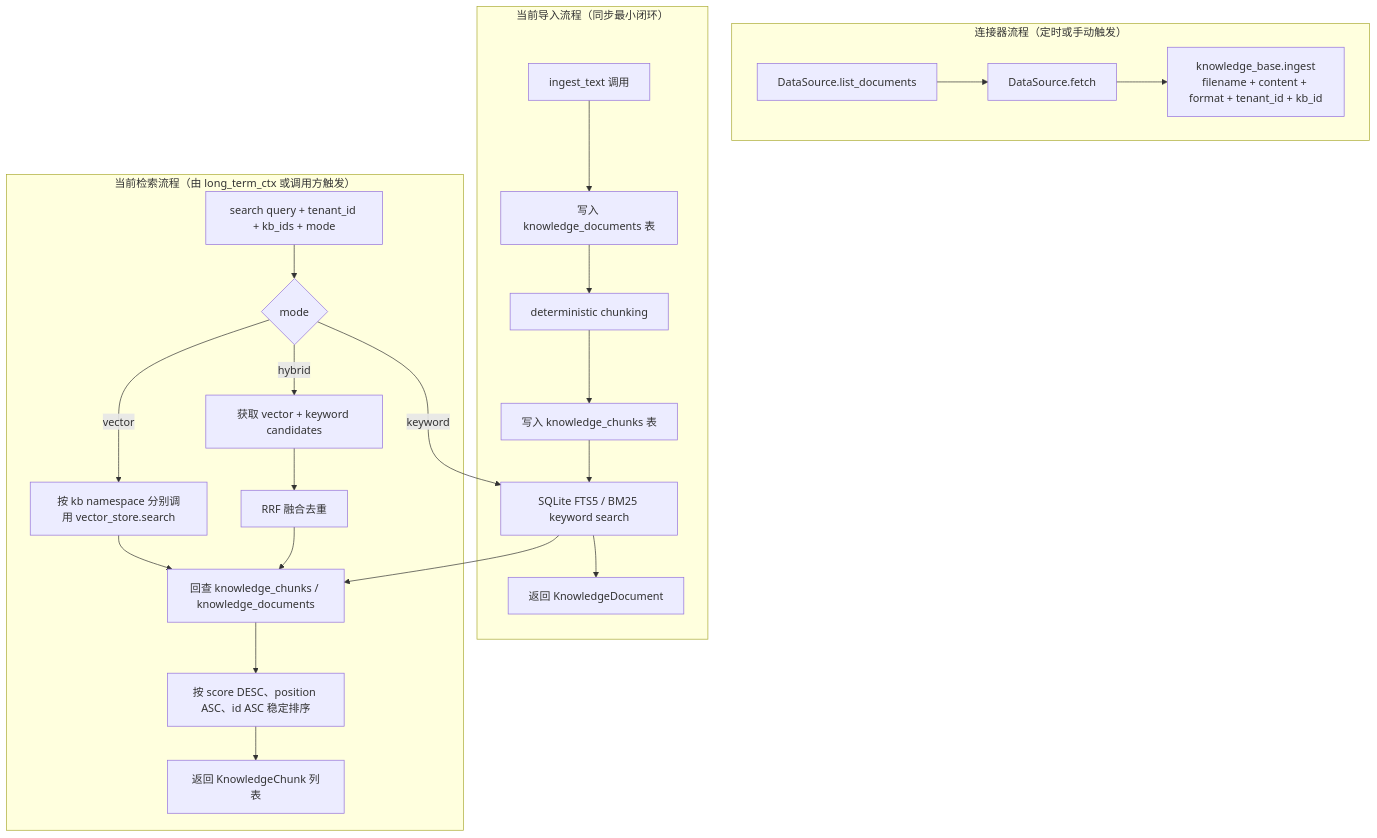
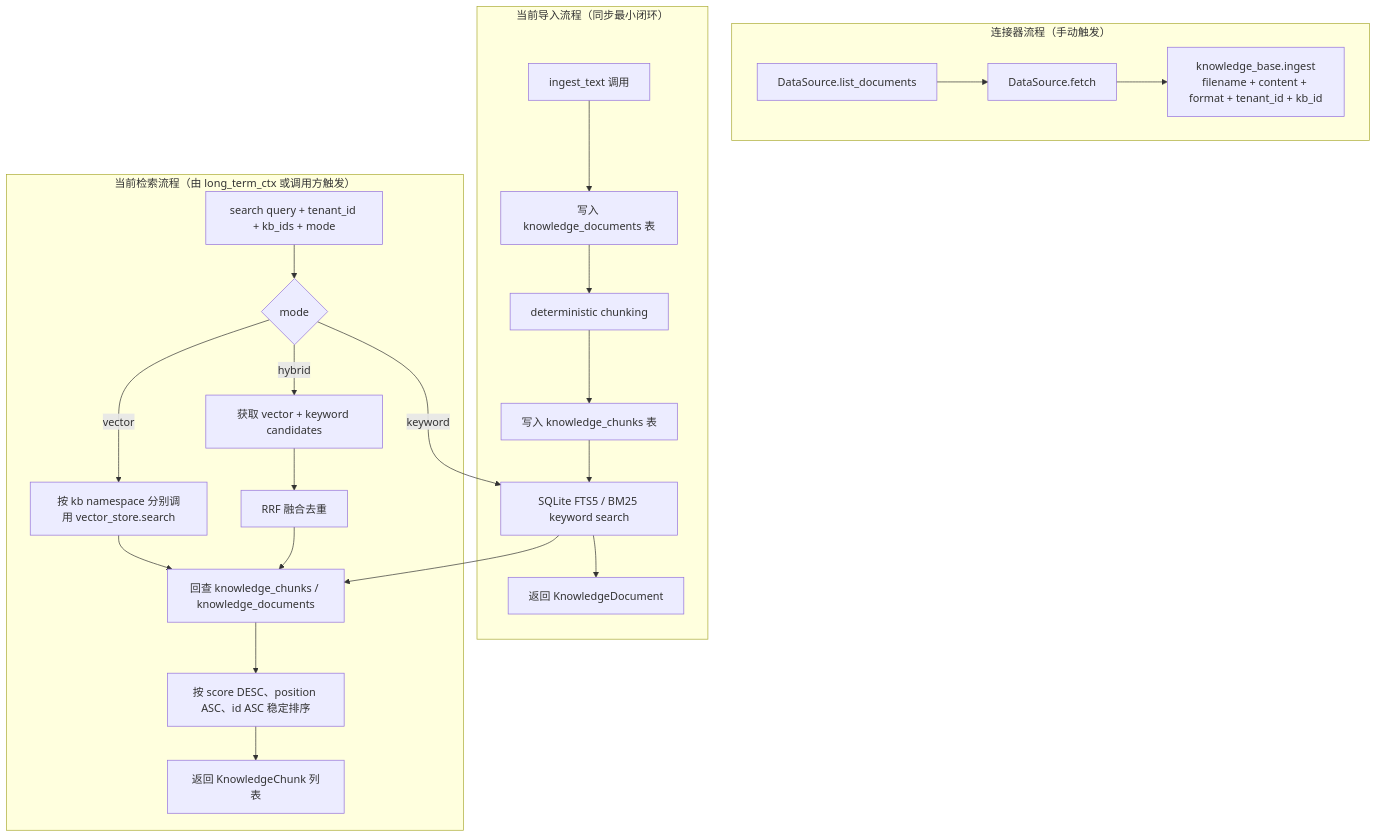
The diagram in docs/capabilities/knowledge-base.md (Summy2104/fleetent), drawn with Mermaid before and after one commit. The commit also changed other lines of this file and 9 other files, not shown here.

````diff
--- a/docs/capabilities/knowledge-base.md
+++ b/docs/capabilities/knowledge-base.md
@@ -27,29 +27,29 @@
 ```mermaid
 flowchart TD
-    subgraph connector["连接器流程（定时或手动触发）"]
+    subgraph connector["连接器流程（手动触发）"]
         C1[DataSource.list_documents] --> C2[DataSource.fetch]
         C2 --> C3[knowledge_base.ingest\nfilename + content + format + tenant_id + kb_id]
     end
 
     subgraph ingest["当前导入流程（同步最小闭环）"]
         A[ingest_text 调用] --> B[写入 knowledge_documents 表]
         B --> D[deterministic chunking]
         D --> E[写入 knowledge_chunks 表]
         E --> F[vector_store.upsert\nchunk_id + content + namespace]
         F --> C[返回 KnowledgeDocument]
     end
 
     subgraph search["当前检索流程（由 long_term_ctx 或调用方触发）"]
         K[search query + tenant_id + kb_ids + mode] --> L{mode}
         L -->|vector| V[按 kb namespace 分别调用 vector_store.search]
         L -->|keyword| F[SQLite FTS5 / BM25 keyword search]
         L -->|hybrid| H[获取 vector + keyword candidates]
         V --> M[回查 knowledge_chunks / knowledge_documents]
         F --> M
         H --> R[RRF 融合去重]
         R --> M
         M --> N[按 score DESC、position ASC、id ASC 稳定排序]
         N --> O[返回 KnowledgeChunk 列表]
     end
 
 ```
````
